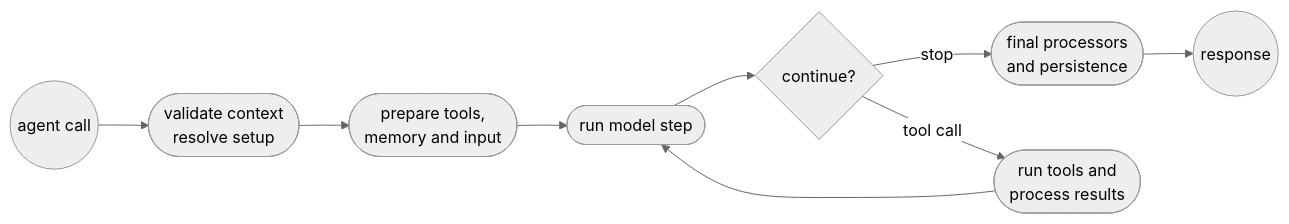
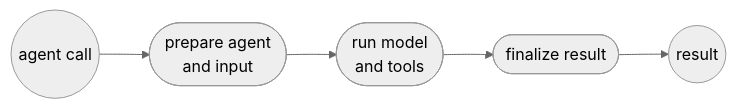
One commit to mastra-ai/mastra changed the first of 2 diagrams in docs/src/content/en/docs/guides/agent-lifecycle.mdx. Above: the diagram before and after it, drawn with Mermaid (neutral theme). The commit also changed other lines of this file, not shown here.

Commit message:
docs: clarify lifecycle foundations
Introduce core lifecycle terms and preparation concepts for new readers, and simplify the overview diagram into a stable linear flow.\n\nCo-Authored-By: Mastra Code (openai/gpt-5.6-sol) <noreply@mastra.ai>

````diff
--- a/docs/src/content/en/docs/guides/agent-lifecycle.mdx
+++ b/docs/src/content/en/docs/guides/agent-lifecycle.mdx
@@ -26,13 +31,9 @@
 ```mermaid
 flowchart LR
   accTitle: Lifecycle of a Mastra agent run
-  accDescr: Mastra prepares an agent run, repeats model and tool work while needed, then finalizes and returns the result.
-  caller((agent call)) --> setup([validate context<br/>resolve setup])
-  setup --> prepare([prepare tools,<br/>memory and input])
-  prepare --> model([run model step])
-  model --> decision{continue?}
-  decision -->|stop| final([final processors<br/>and persistence])
-  final --> response((response))
-  decision -->|tool call| tools([run tools and<br/>process results])
-  tools --> model
+  accDescr: An agent run moves from preparation into a model and tool loop, then finalizes and returns the result.
+  caller((agent call)) --> prepare([prepare agent<br/>and input])
+  prepare --> loop([run model<br/>and tools])
+  loop --> final([finalize result])
+  final --> response((result))
 ```
````
